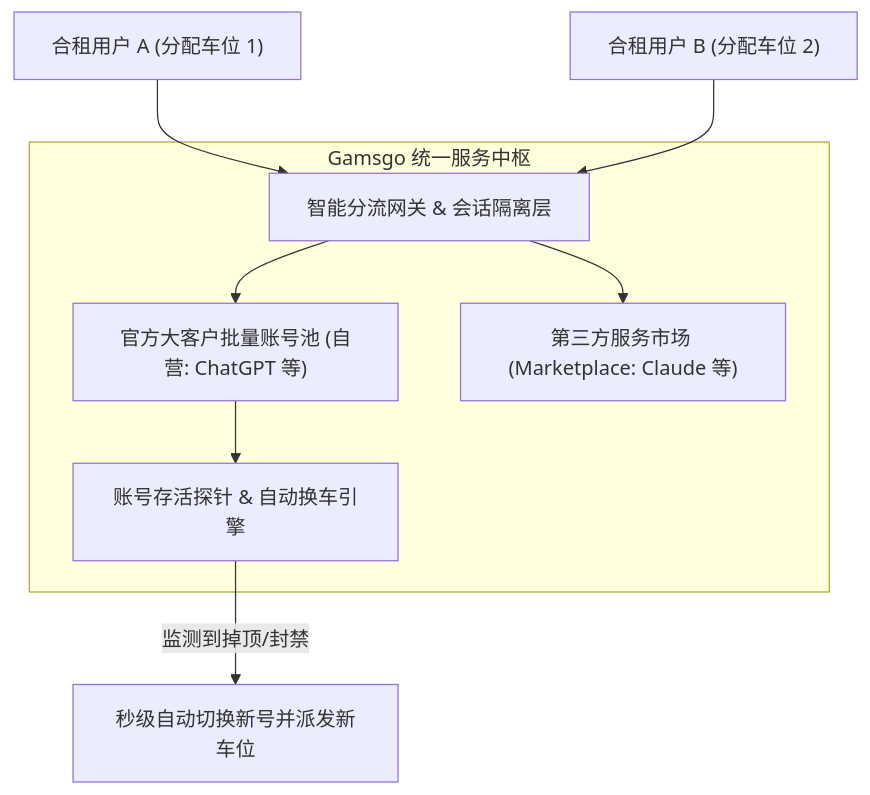
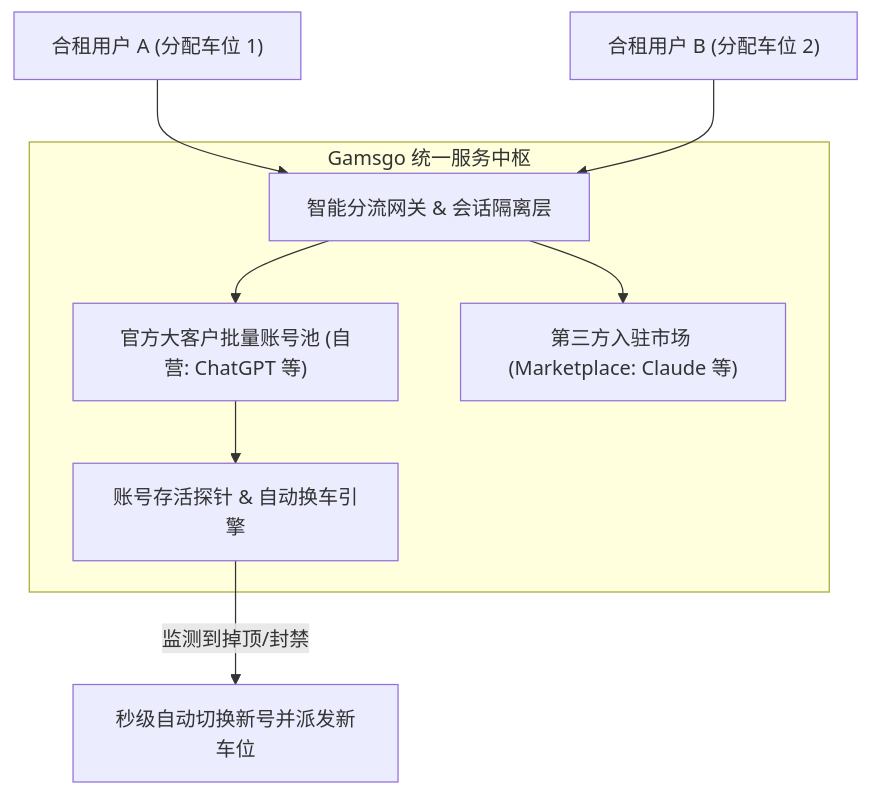
Before and after one commit to ponyletter/py310sphinx_knowledge: the first of 2 diagrams in docs/source/courses/ai_reverse_proxy_and_account_pool/stage2_official_purchase_and_avoid_pitfalls/02_gamsgo_carpool_evaluation.md, drawn with Mermaid. The commit also changed other lines of this file and 4 other files, not shown here.

````diff
--- a/docs/source/courses/ai_reverse_proxy_and_account_pool/stage2_official_purchase_and_avoid_pitfalls/02_gamsgo_carpool_evaluation.md
+++ b/docs/source/courses/ai_reverse_proxy_and_account_pool/stage2_official_purchase_and_avoid_pitfalls/02_gamsgo_carpool_evaluation.md
@@ -9,17 +11,17 @@
 ```mermaid
 flowchart TD
     subgraph Gamsgo_Cluster["Gamsgo 统一服务中枢"]
         Pool["官方大客户批量账号池 (自营: ChatGPT 等)"]
-        Market["第三方服务市场 (Marketplace: Claude 等)"]
+        Market["第三方入驻市场 (Marketplace: Claude 等)"]
         Dispatch["智能分流网关 & 会话隔离层"]
         Monitor["账号存活探针 & 自动换车引擎"]
     end
 
     UserA["合租用户 A (分配车位 1)"] --> Dispatch
     UserB["合租用户 B (分配车位 2)"] --> Dispatch
     
     Dispatch --> Pool
     Dispatch --> Market
     Pool --> Monitor
     Monitor -->|"监测到掉顶/封禁"| AutoRecover["秒级自动切换新号并派发新车位"]
 ```
````
